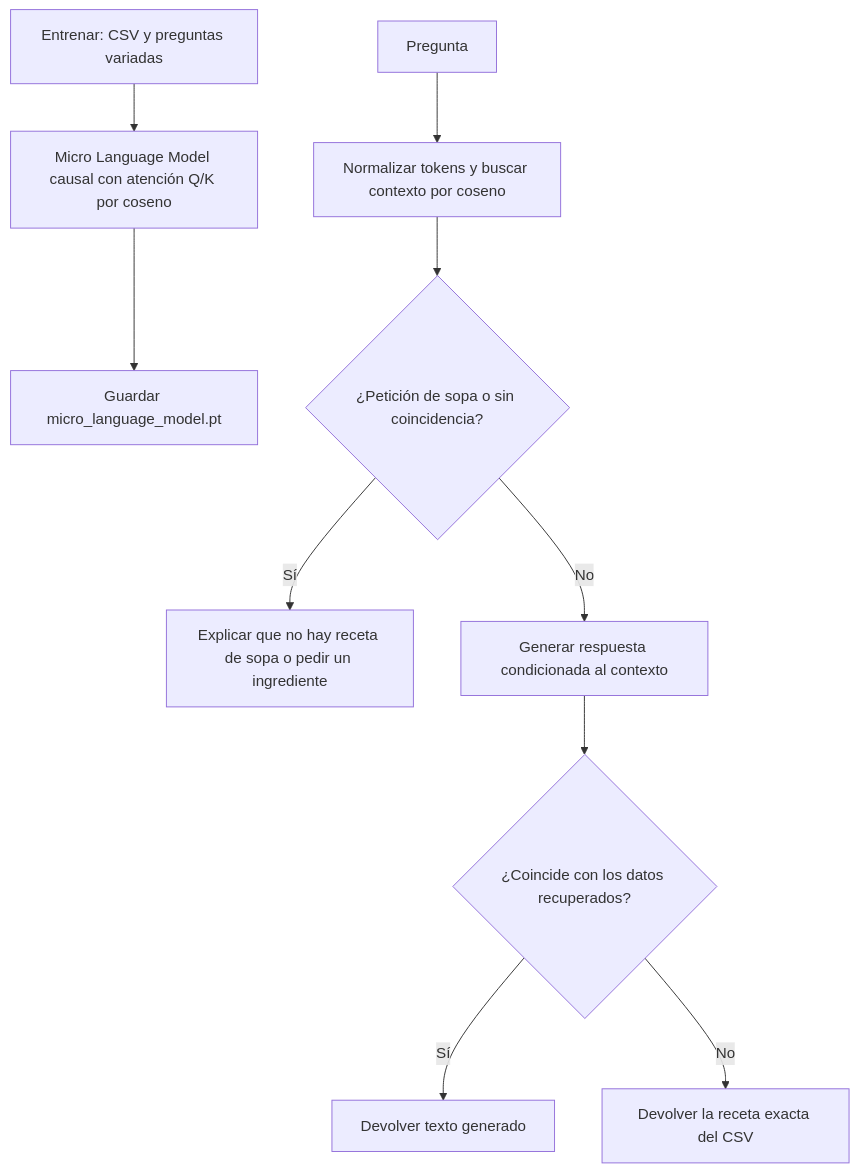
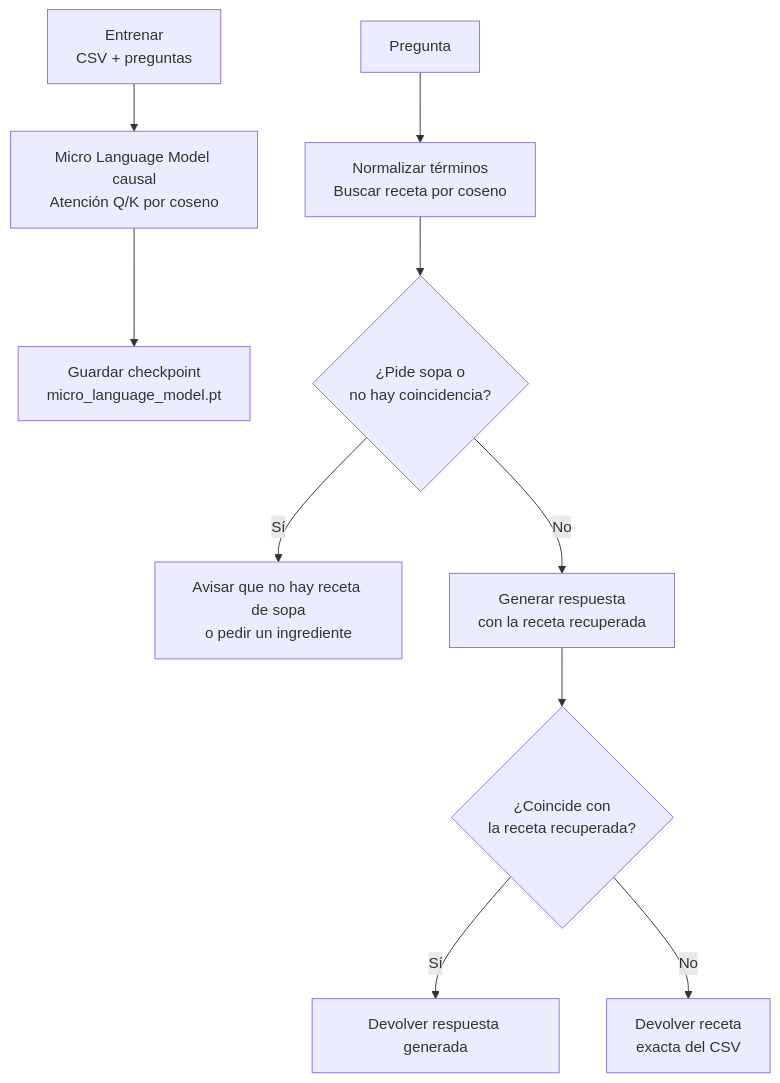
One commit to liljemery/micro-language-model changed the diagram in README.md. Above: the diagram before and after it, drawn with Mermaid.

Commit message:
Wrap README Mermaid diagram labels

````diff
--- a/README.md
+++ b/README.md
@@ -58,12 +58,12 @@
 ```mermaid
 flowchart TD
-    A["Entrenar: CSV y preguntas variadas"] --> B["Micro Language Model causal con atención Q/K por coseno"]
-    B --> C["Guardar micro_language_model.pt"]
-    D["Pregunta"] --> E["Normalizar tokens y buscar contexto por coseno"]
-    E --> F{"¿Petición de sopa o sin coincidencia?"}
-    F -- Sí --> G["Explicar que no hay receta de sopa o pedir un ingrediente"]
-    F -- No --> H["Generar respuesta condicionada al contexto"]
-    H --> I{"¿Coincide con los datos recuperados?"}
-    I -- Sí --> J["Devolver texto generado"]
-    I -- No --> K["Devolver la receta exacta del CSV"]
+    A["Entrenar<br/>CSV + preguntas"] --> B["Micro Language Model causal<br/>Atención Q/K por coseno"]
+    B --> C["Guardar checkpoint<br/>micro_language_model.pt"]
+    D["Pregunta"] --> E["Normalizar términos<br/>Buscar receta por coseno"]
+    E --> F{"¿Pide sopa o<br/>no hay coincidencia?"}
+    F -- Sí --> G["Avisar que no hay receta de sopa<br/>o pedir un ingrediente"]
+    F -- No --> H["Generar respuesta<br/>con la receta recuperada"]
+    H --> I{"¿Coincide con<br/>la receta recuperada?"}
+    I -- Sí --> J["Devolver respuesta generada"]
+    I -- No --> K["Devolver receta<br/>exacta del CSV"]
 ```
````
